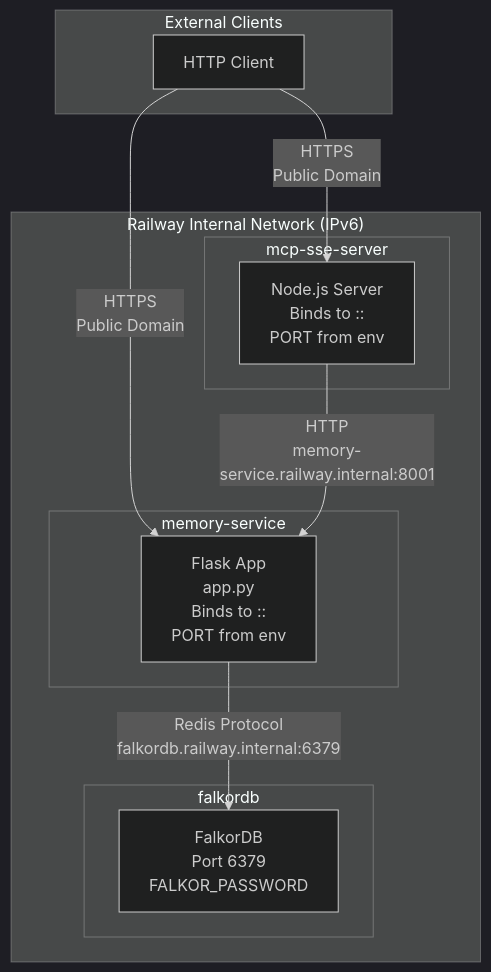
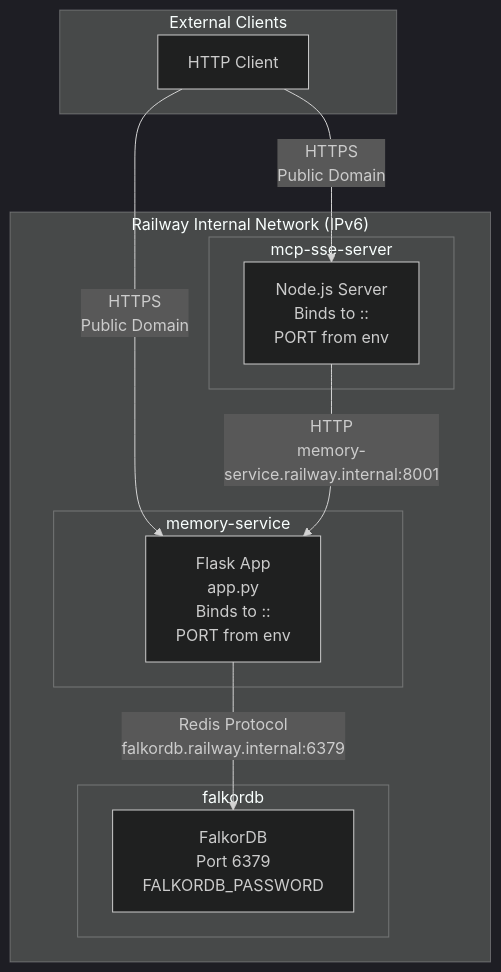
One commit to verygoodplugins/automem-website changed the second of 5 diagrams in src/content/docs/docs/reference/configuration.md. Above: the diagram before and after it, drawn with Mermaid (dark theme).

Commit message:
docs: fix drift in Configuration Reference page
Mermaid diagram used FALKOR_PASSWORD (truncated) instead of the correct
env var name FALKORDB_PASSWORD, inconsistent with the table directly above
the diagram which correctly lists FALKORDB_PASSWORD.

Verified against: automem@1b812cf883cbc95632d5f9f1ed180d1865c0638a

https://claude.ai/code/session_013eTw3gE9MJ6PtnsFHxkd7R

````diff
--- a/src/content/docs/docs/reference/configuration.md
+++ b/src/content/docs/docs/reference/configuration.md
@@ -63,26 +63,26 @@
 ```mermaid
 graph TB
     subgraph external["External Clients"]
         Client["HTTP Client"]
     end
 
     subgraph railway["Railway Internal Network (IPv6)"]
         subgraph mcp["mcp-sse-server"]
             MCPServer["Node.js Server<br/>Binds to ::<br/>PORT from env"]
         end
 
         subgraph api["memory-service"]
             FlaskApp["Flask App<br/>app.py<br/>Binds to ::<br/>PORT from env"]
         end
 
         subgraph db["falkordb"]
-            FalkorDB["FalkorDB<br/>Port 6379<br/>FALKOR_PASSWORD"]
+            FalkorDB["FalkorDB<br/>Port 6379<br/>FALKORDB_PASSWORD"]
         end
     end
 
     Client -->|"HTTPS<br/>Public Domain"| MCPServer
     Client -->|"HTTPS<br/>Public Domain"| FlaskApp
 
     MCPServer -->|"HTTP<br/>memory-service.railway.internal:8001"| FlaskApp
     FlaskApp -->|"Redis Protocol<br/>falkordb.railway.internal:6379"| FalkorDB
 ```
````
